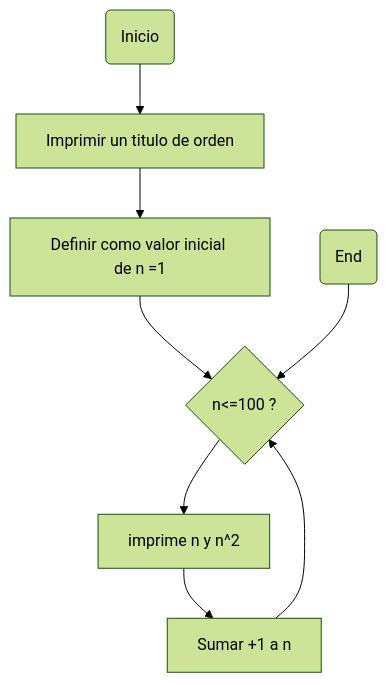
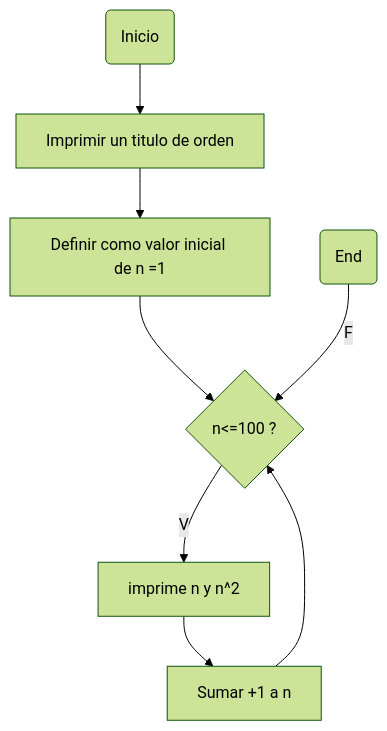
The diagram in README.md (Felip-UN/Bucles-R6), drawn with Mermaid (forest theme) before and after one commit.

Commit message:
Cambio menor diagrama

````diff
--- a/README.md
+++ b/README.md
@@ -6,18 +6,18 @@
 ```mermaid
 ---
 config:
   layout: fixed
 ---
 flowchart TD
     n2["Definir como valor inicial de n =1"] --> n4["n&lt;=100 ?"]
     n5["imprime n y n^2"] --> n6["Sumar +1 a n"]
     n1["Inicio"] --> n8["Imprimir un titulo de orden"]
     n8 --> n2
-    n7["End"] --> n4
-    n4 --> n5
+    n7["End"] -- F --> n4
+    n4 -- V --> n5
     n6 --> n4
     n4@{ shape: diam}
     n1@{ shape: rounded}
     n8@{ shape: rect}
     n7@{ shape: rounded}
 ```
````
